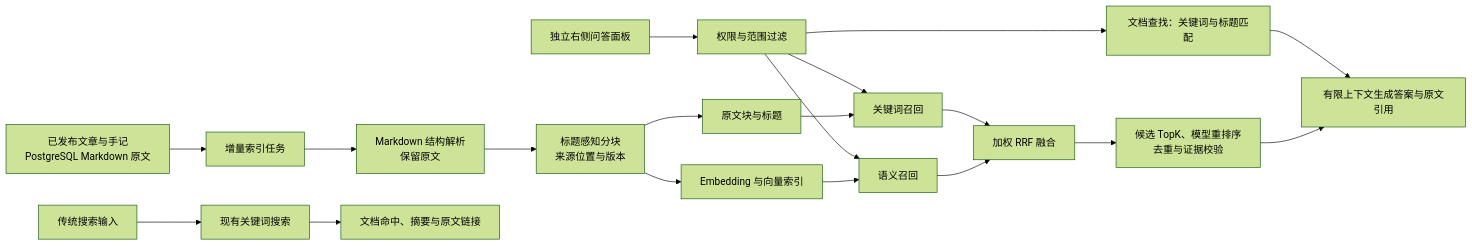
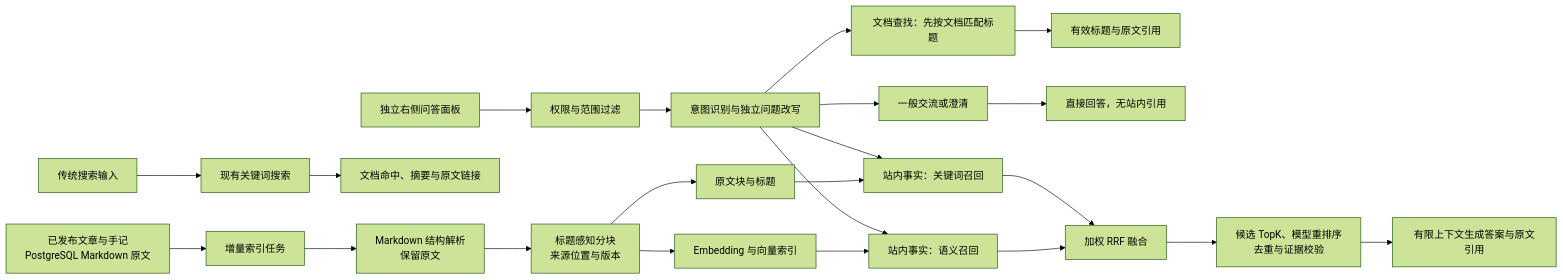
One commit to shawns-yao/Blog changed the diagram in RAG.md. Above: the diagram before and after it, drawn with Mermaid (forest theme). The commit also changed other lines of this file and 2 other files, not shown here.

````diff
--- a/RAG.md
+++ b/RAG.md
@@ -15,21 +15,24 @@
 ```mermaid
 flowchart LR
     A[已发布文章与手记<br/>PostgreSQL Markdown 原文] --> B[增量索引任务]
     B --> C[Markdown 结构解析<br/>保留原文]
     C --> D[标题感知分块<br/>来源位置与版本]
     D --> E[原文块与标题]
     D --> F[Embedding 与向量索引]
     S[传统搜索输入] --> T[现有关键词搜索]
     T --> U[文档命中、摘要与原文链接]
     Q[独立右侧问答面板] --> G[权限与范围过滤]
-    G --> V[文档查找：关键词与标题匹配]
-    V --> L
-    G --> H[关键词召回]
-    G --> I[语义召回]
+    G --> P[意图识别与独立问题改写]
+    P --> V[文档查找：先按文档匹配标题]
+    V --> W[有效标题与原文引用]
+    P --> X[一般交流或澄清]
+    X --> Y[直接回答，无站内引用]
+    P --> H[站内事实：关键词召回]
+    P --> I[站内事实：语义召回]
     E --> H
     F --> I
     H --> J[加权 RRF 融合]
     I --> J
     J --> K[候选 TopK、模型重排序<br/>去重与证据校验]
     K --> L[有限上下文生成答案与原文引用]
 ```
````
